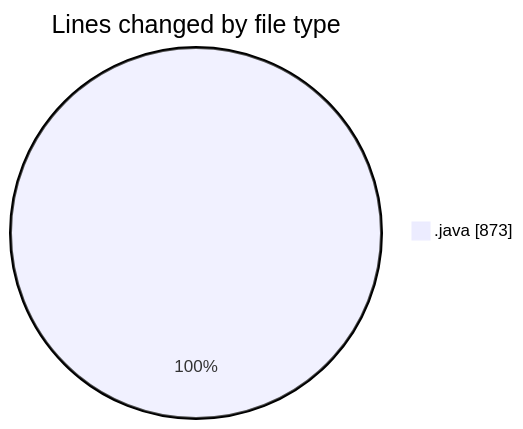
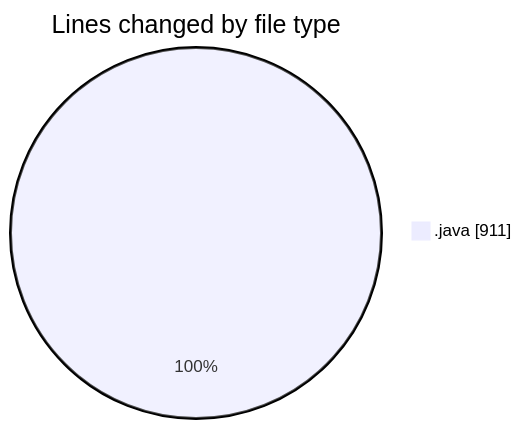
The first of 2 diagrams in 2025-04-02/startfiles__2_/README.md (NitaiMahat/code-tracking), drawn with Mermaid before and after one commit. The commit also changed other lines of this file and 1 other file, not shown here.

````diff
--- a/2025-04-02/startfiles__2_/README.md
+++ b/2025-04-02/startfiles__2_/README.md
@@ -25,5 +25,5 @@
 ```mermaid
 pie showData
 title Lines changed by file type
-".java" : 873
+".java" : 911
 ```
````
